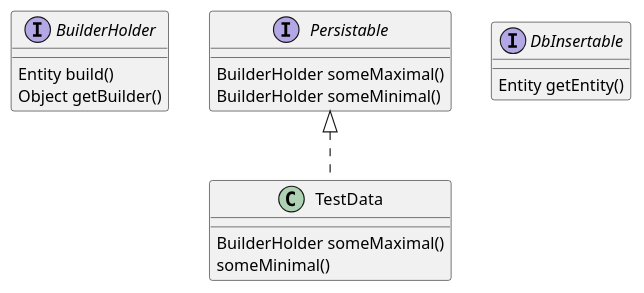
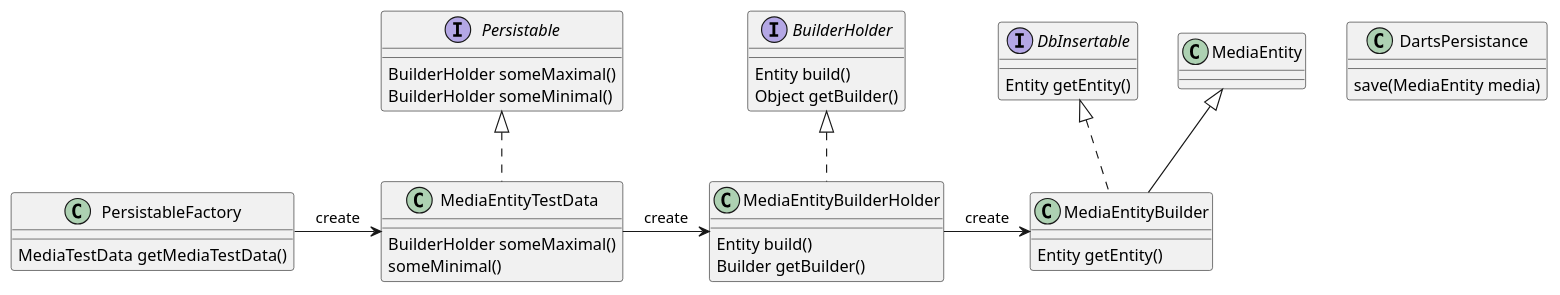
Before and after one commit to hmcts/darts-api: the diagram in doc/test_data_pattern.puml, drawn with PlantUML.

Commit message:
Add plantuml class diagram

```diff
--- a/doc/test_data_pattern.puml
+++ b/doc/test_data_pattern.puml
@@ -1,21 +1,42 @@
 @startuml
 interface BuilderHolder {
  Entity build()
  Object getBuilder()
 }
 
 interface Persistable {
  BuilderHolder someMaximal()
  BuilderHolder someMinimal()
 }
 
 interface DbInsertable {
  Entity getEntity()
 }
 
-class TestData implements Persistable {
+class MediaEntityTestData implements Persistable {
  BuilderHolder someMaximal()
  someMinimal()
 }
 
+class MediaEntityBuilder extends MediaEntity implements DbInsertable {
+ Entity getEntity()
+}
+
+class MediaEntityBuilderHolder  implements BuilderHolder<Builder, Entity> {
+ Entity build()
+ Builder getBuilder()
+}
+
+MediaEntityTestData -> MediaEntityBuilderHolder : create
+MediaEntityBuilderHolder -> MediaEntityBuilder : create
+
+class DartsPersistance {
+ save(MediaEntity media)
+}
+
+class PersistableFactory {
+ MediaTestData getMediaTestData()
+}
+
+PersistableFactory -> MediaEntityTestData : create
 @enduml
```
